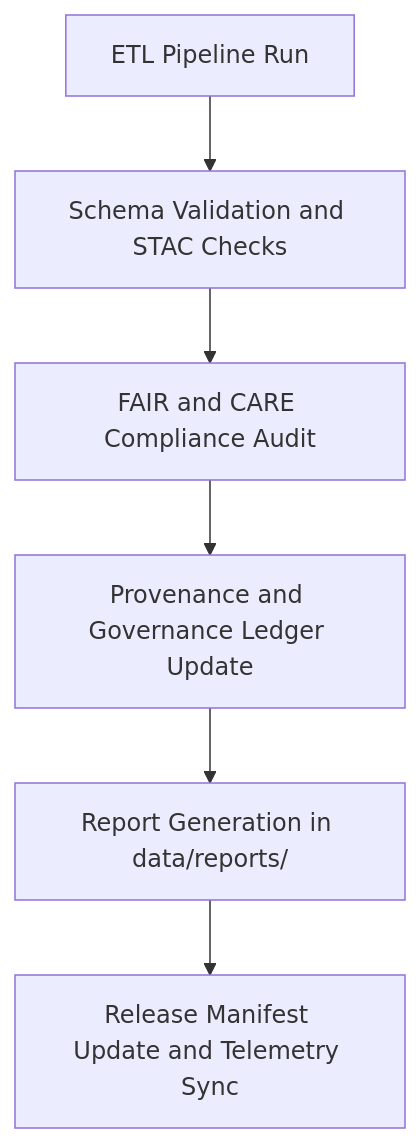
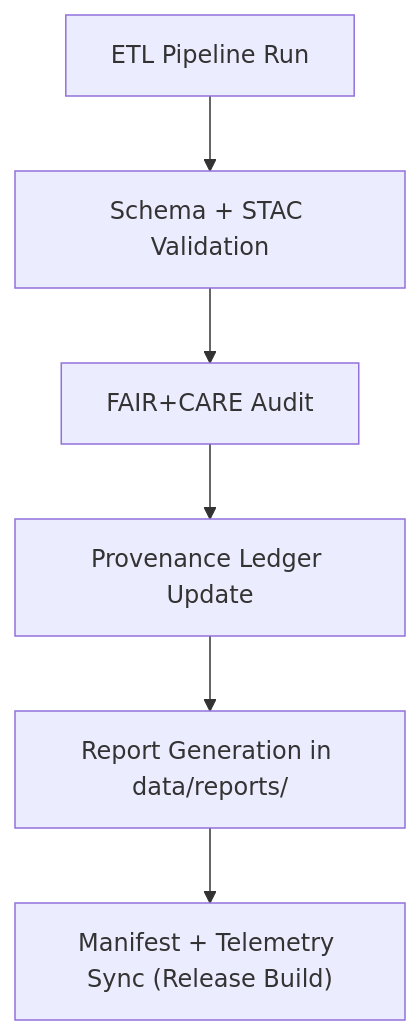
The diagram in data/reports/README.md (bartytime4life/Kansas-Frontier-Matrix), drawn with Mermaid before and after one commit. The commit also changed other lines of this file, not shown here.

````diff
--- a/data/reports/README.md
+++ b/data/reports/README.md
@@ -81,8 +82,8 @@
 ```mermaid
 flowchart TD
-    A["ETL Pipeline Run"] --> B["Schema Validation and STAC Checks"]
-    B --> C["FAIR and CARE Compliance Audit"]
-    C --> D["Provenance and Governance Ledger Update"]
-    D --> E["Report Generation in data/reports/"]
-    E --> F["Release Manifest Update and Telemetry Sync"]
+  A["ETL Pipeline Run"] --> B["Schema + STAC Validation"]
+  B --> C["FAIR+CARE Audit"]
+  C --> D["Provenance Ledger Update"]
+  D --> E["Report Generation in data/reports/"]
+  E --> F["Manifest + Telemetry Sync (Release Build)"]
 ```
````
